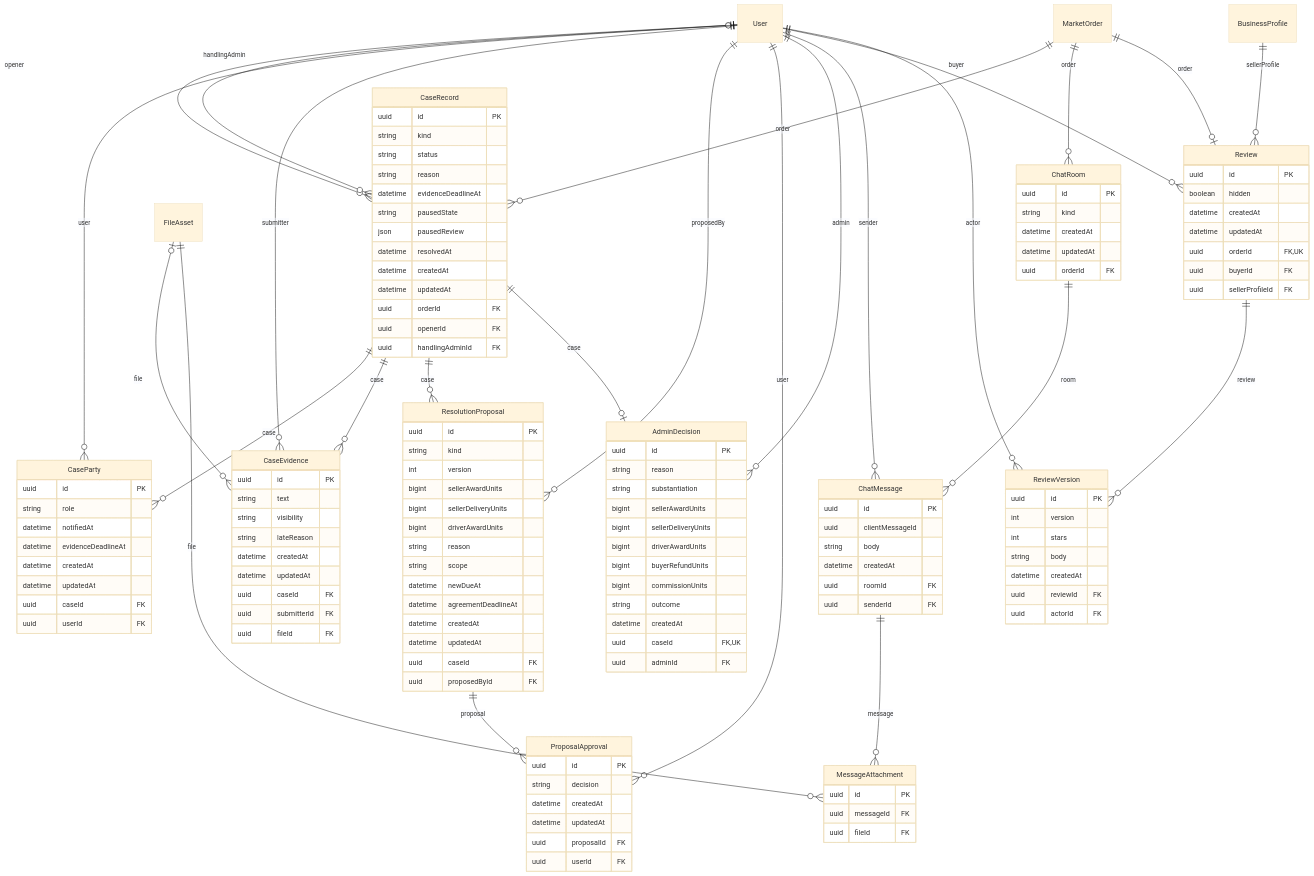
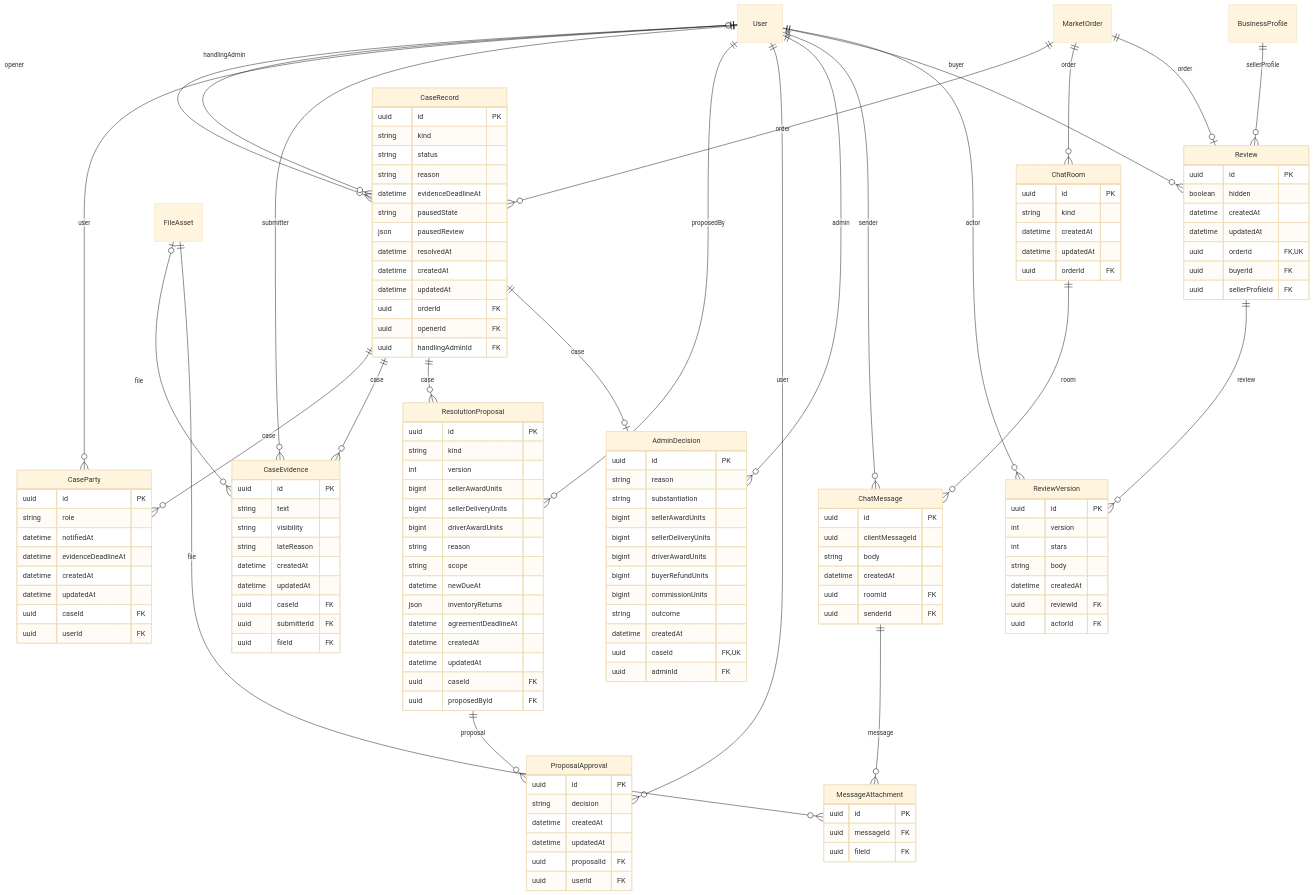
The sixth of 7 diagrams in docs/ERD.md (Fadi-Habil17/syrian-marketplace), drawn with Mermaid (base theme) before and after one commit. The commit also changed other lines of this file and 159 other files, not shown here.

```diff
--- a/docs/ERD.md
+++ b/docs/ERD.md
@@ -831,6 +837,7 @@
     string reason
     string scope
     datetime newDueAt
+    json inventoryReturns
     datetime agreementDeadlineAt
     datetime createdAt
     datetime updatedAt
```
